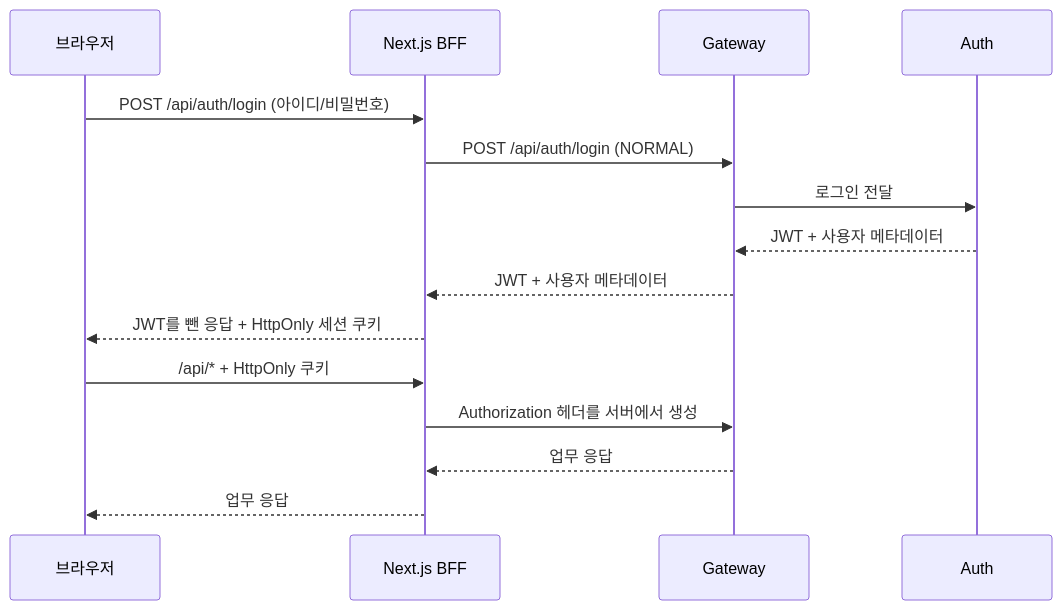
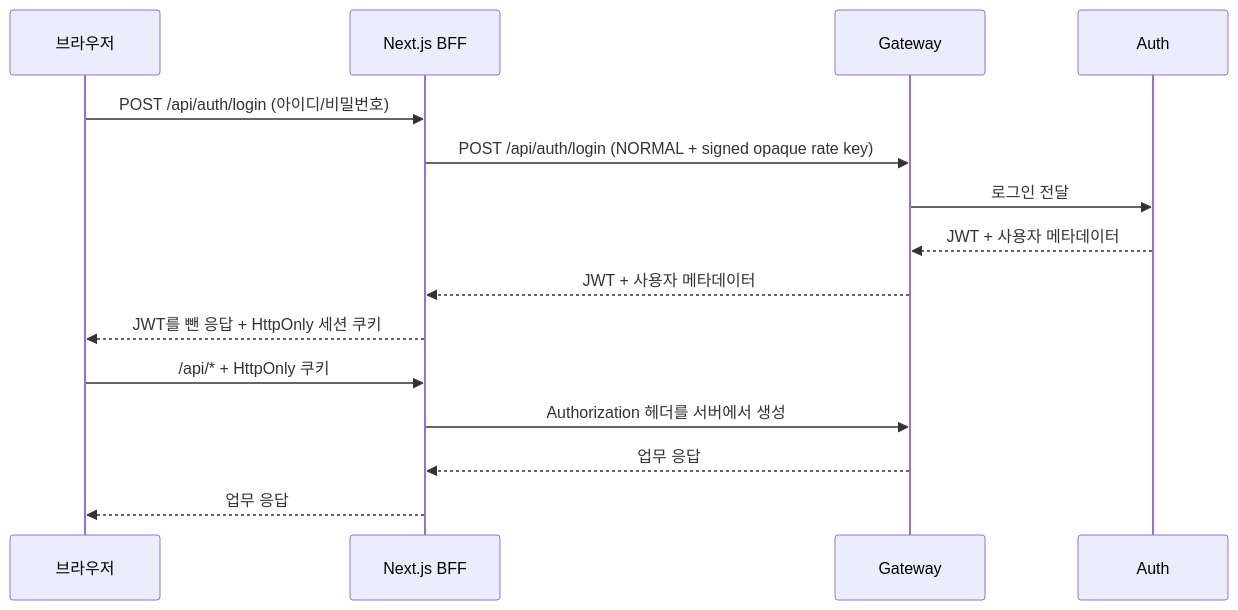
Before and after one commit to skyg547/account: the diagram in frontend/docs/auth-session-guide.md, drawn with Mermaid. The commit also changed other lines of this file and 34 other files, not shown here.

Commit message:
GH-607: separate BFF rate-limit trust boundary

````diff
--- a/frontend/docs/auth-session-guide.md
+++ b/frontend/docs/auth-session-guide.md
@@ -15,18 +15,18 @@
 ```mermaid
 sequenceDiagram
     participant Browser as 브라우저
     participant BFF as Next.js BFF
     participant Gateway
     participant Auth
 
     Browser->>BFF: POST /api/auth/login (아이디/비밀번호)
-    BFF->>Gateway: POST /api/auth/login (NORMAL)
+    BFF->>Gateway: POST /api/auth/login (NORMAL + signed opaque rate key)
     Gateway->>Auth: 로그인 전달
     Auth-->>Gateway: JWT + 사용자 메타데이터
     Gateway-->>BFF: JWT + 사용자 메타데이터
     BFF-->>Browser: JWT를 뺀 응답 + HttpOnly 세션 쿠키
     Browser->>BFF: /api/* + HttpOnly 쿠키
     BFF->>Gateway: Authorization 헤더를 서버에서 생성
     Gateway-->>BFF: 업무 응답
     BFF-->>Browser: 업무 응답
 ```
````
